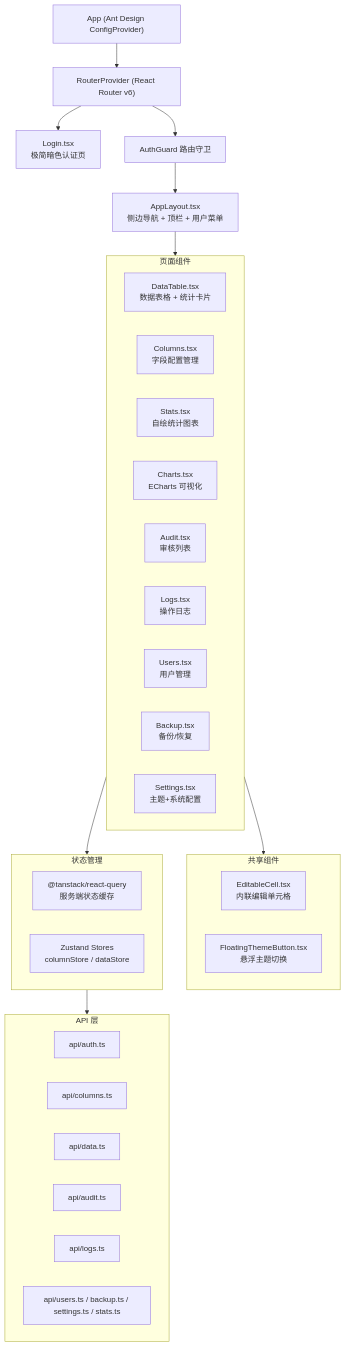
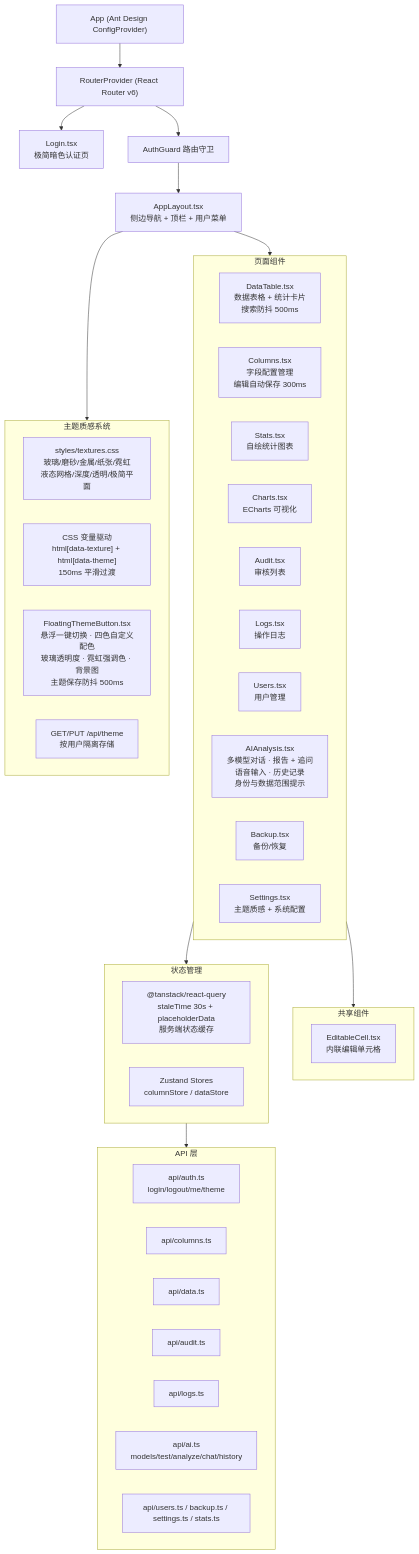
The third of 9 diagrams in 架构图.md (jincheng3870682453-hash/shujuku), drawn with Mermaid before and after one commit. The commit also changed other lines of this file and 7 other files, not shown here.

````diff
--- a/架构图.md
+++ b/架构图.md
@@ -107,49 +115,58 @@
 ```mermaid
 graph TB
     App["App (Ant Design ConfigProvider)"]
     Router["RouterProvider (React Router v6)"]
-    
+
     LoginPage["Login.tsx<br/>极简暗色认证页"]
     AuthGuard["AuthGuard 路由守卫"]
     AppLayout["AppLayout.tsx<br/>侧边导航 + 顶栏 + 用户菜单"]
-    
+
     subgraph Pages["页面组件"]
-        DataTable["DataTable.tsx<br/>数据表格 + 统计卡片"]
-        Columns["Columns.tsx<br/>字段配置管理"]
+        DataTable["DataTable.tsx<br/>数据表格 + 统计卡片<br/>搜索防抖 500ms"]
+        Columns["Columns.tsx<br/>字段配置管理<br/>编辑自动保存 300ms"]
         Stats["Stats.tsx<br/>自绘统计图表"]
         Charts["Charts.tsx<br/>ECharts 可视化"]
         AuditPage["Audit.tsx<br/>审核列表"]
         LogsPage["Logs.tsx<br/>操作日志"]
         UsersPage["Users.tsx<br/>用户管理"]
+        AIPage["AIAnalysis.tsx<br/>多模型对话 · 报告 + 追问<br/>语音输入 · 历史记录<br/>身份与数据范围提示"]
         BackupPage["Backup.tsx<br/>备份/恢复"]
-        SettingsPage["Settings.tsx<br/>主题+系统配置"]
+        SettingsPage["Settings.tsx<br/>主题质感 + 系统配置"]
+    end
+
+    subgraph Theme["主题质感系统"]
+        Textures["styles/textures.css<br/>玻璃/磨砂/金属/纸张/霓虹<br/>液态网格/深度/透明/极简平面"]
+        ThemeVars["CSS 变量驱动<br/>html[data-texture] + html[data-theme]<br/>150ms 平滑过渡"]
+        FloatingTheme["FloatingThemeButton.tsx<br/>悬浮一键切换 · 四色自定义配色<br/>玻璃透明度 · 霓虹强调色 · 背景图<br/>主题保存防抖 500ms"]
+        ThemeAPI["GET/PUT /api/theme<br/>按用户隔离存储"]
     end
 
     subgraph Shared["共享组件"]
         EditableCell["EditableCell.tsx<br/>内联编辑单元格"]
-        FloatingThemeBtn["FloatingThemeButton.tsx<br/>悬浮主题切换"]
     end
 
     subgraph State["状态管理"]
-        ReactQuery["@tanstack/react-query<br/>服务端状态缓存"]
+        ReactQuery["@tanstack/react-query<br/>staleTime 30s + placeholderData<br/>服务端状态缓存"]
         Zustand["Zustand Stores<br/>columnStore / dataStore"]
     end
 
     subgraph API["API 层"]
-        AuthAPI["api/auth.ts"]
+        AuthAPI["api/auth.ts<br/>login/logout/me/theme"]
         ColumnsAPI["api/columns.ts"]
         DataAPI["api/data.ts"]
         AuditAPI["api/audit.ts"]
         LogsAPI["api/logs.ts"]
+        AIAPI["api/ai.ts<br/>models/test/analyze/chat/history"]
         OtherAPI["api/users.ts / backup.ts / settings.ts / stats.ts"]
     end
 
     App --> Router
     Router --> LoginPage
     Router --> AuthGuard
     AuthGuard --> AppLayout
     AppLayout --> Pages
+    AppLayout --> Theme
     Pages --> Shared
     Pages --> State
     State --> API
 ```
````
